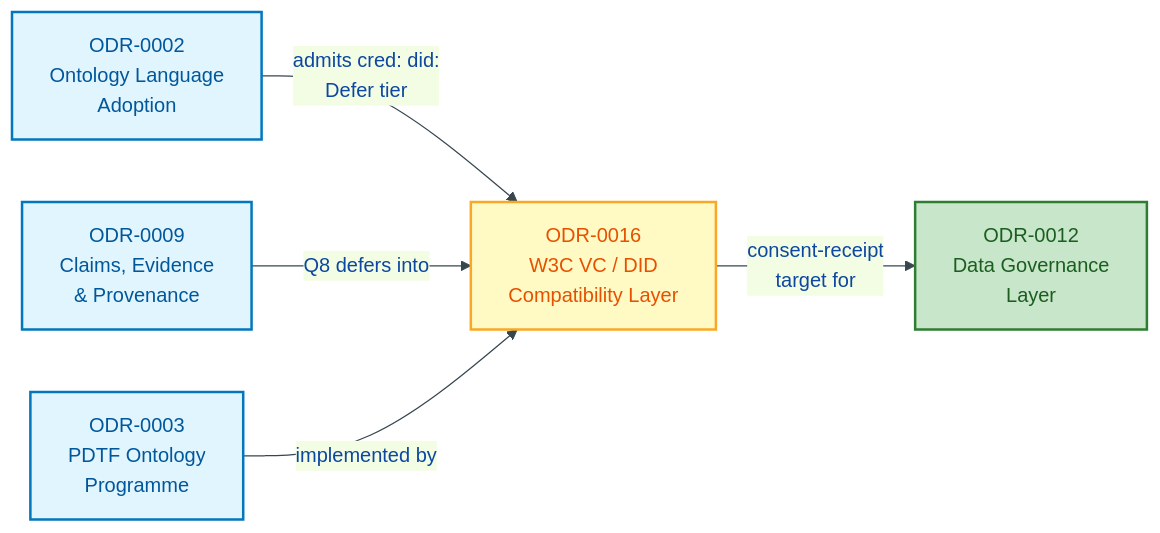
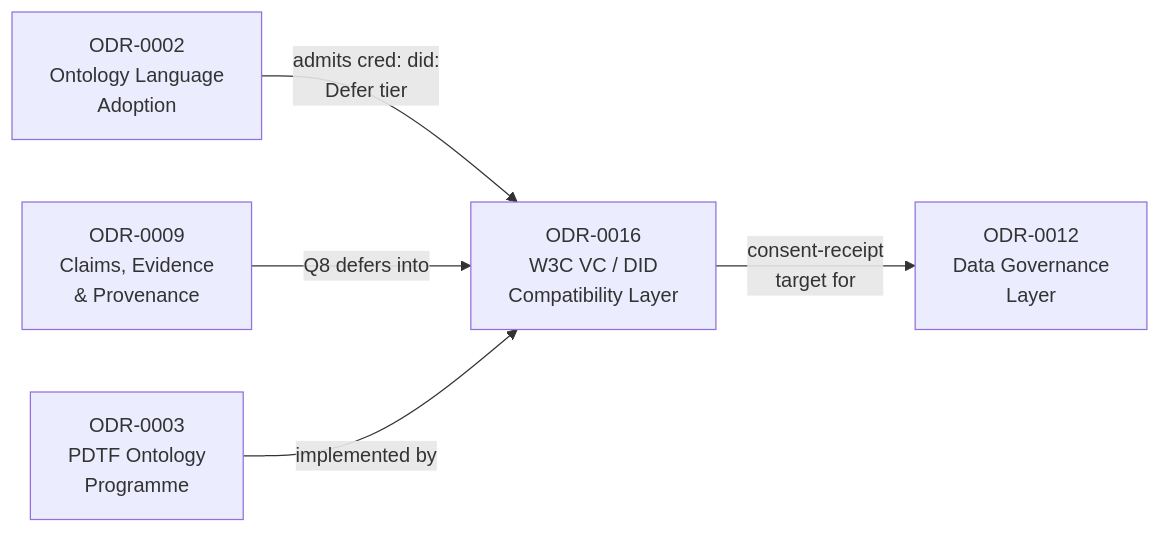
The first of 4 diagrams in docs/ontology/odr/ODR-0016-w3c-vc-did-compatibility.md (sparkling/opda), drawn with Mermaid before and after one commit. The commit also changed other lines of this file and 25 other files, not shown here.

````diff
--- a/docs/ontology/odr/ODR-0016-w3c-vc-did-compatibility.md
+++ b/docs/ontology/odr/ODR-0016-w3c-vc-did-compatibility.md
@@ -72,20 +72,16 @@
 ```mermaid
-%%{init:{"theme":"base","themeVariables":{"primaryColor":"#E3F2FD","primaryTextColor":"#0D47A1","primaryBorderColor":"#1565C0","lineColor":"#37474F"}}}%%
 flowchart LR
     accTitle: ODR-0016 dependency graph
     accDescr: Shows ODR-0016 depends-on ODR-0002 and ODR-0009, implements ODR-0003, and is consumed by ODR-0012.
-    classDef upstream fill:#E1F5FE,stroke:#0277BD,stroke-width:2px,color:#01579B
-    classDef thisOdr fill:#FFF9C4,stroke:#F9A825,stroke-width:2px,color:#E65100
-    classDef downstream fill:#C8E6C9,stroke:#2E7D32,stroke-width:2px,color:#1B5E20
 
-    ODR0002["ODR-0002<br/>Ontology Language<br/>Adoption"]:::upstream
-    ODR0003["ODR-0003<br/>PDTF Ontology<br/>Programme"]:::upstream
-    ODR0009["ODR-0009<br/>Claims, Evidence<br/>& Provenance"]:::upstream
-    ODR0016["ODR-0016<br/>W3C VC / DID<br/>Compatibility Layer"]:::thisOdr
-    ODR0012["ODR-0012<br/>Data Governance<br/>Layer"]:::downstream
+    ODR0002["ODR-0002<br/>Ontology Language<br/>Adoption"]:::process
+    ODR0003["ODR-0003<br/>PDTF Ontology<br/>Programme"]:::process
+    ODR0009["ODR-0009<br/>Claims, Evidence<br/>& Provenance"]:::process
+    ODR0016["ODR-0016<br/>W3C VC / DID<br/>Compatibility Layer"]:::warning
+    ODR0012["ODR-0012<br/>Data Governance<br/>Layer"]:::success
 
     ODR0002 -->|"admits cred: did:<br/>Defer tier"| ODR0016
     ODR0009 -->|"Q8 defers into"| ODR0016
     ODR0003 -->|"implemented by"| ODR0016
     ODR0016 -->|"consent-receipt<br/>target for"| ODR0012
 ```
````
